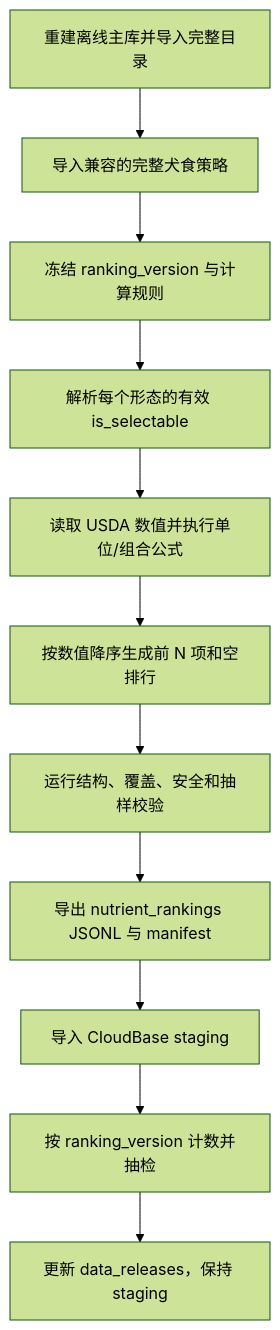
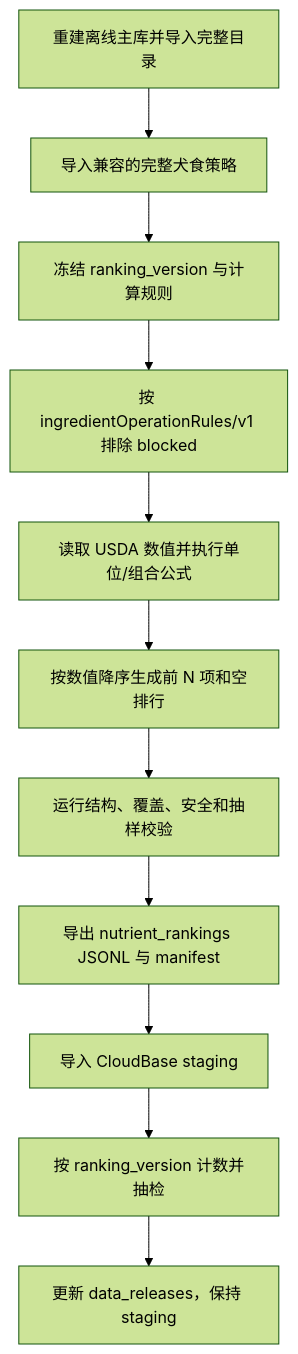
Before and after one commit to MartianC/dogfood: the diagram in docs/data/nutrient-rankings-sop.md, drawn with Mermaid (forest theme). The commit also changed other lines of this file and 46 other files, not shown here.

````diff
--- a/docs/data/nutrient-rankings-sop.md
+++ b/docs/data/nutrient-rankings-sop.md
@@ -74,13 +74,13 @@
 ```mermaid
 flowchart TD
   A["重建离线主库并导入完整目录"] --> B["导入兼容的完整犬食策略"]
   B --> C["冻结 ranking_version 与计算规则"]
-  C --> D["解析每个形态的有效 is_selectable"]
+  C --> D["按 ingredientOperationRules/v1 排除 blocked"]
   D --> E["读取 USDA 数值并执行单位/组合公式"]
   E --> F["按数值降序生成前 N 项和空排行"]
   F --> G["运行结构、覆盖、安全和抽样校验"]
   G --> H["导出 nutrient_rankings JSONL 与 manifest"]
   H --> I["导入 CloudBase staging"]
   I --> J["按 ranking_version 计数并抽检"]
   J --> K["更新 data_releases，保持 staging"]
 ```
````
